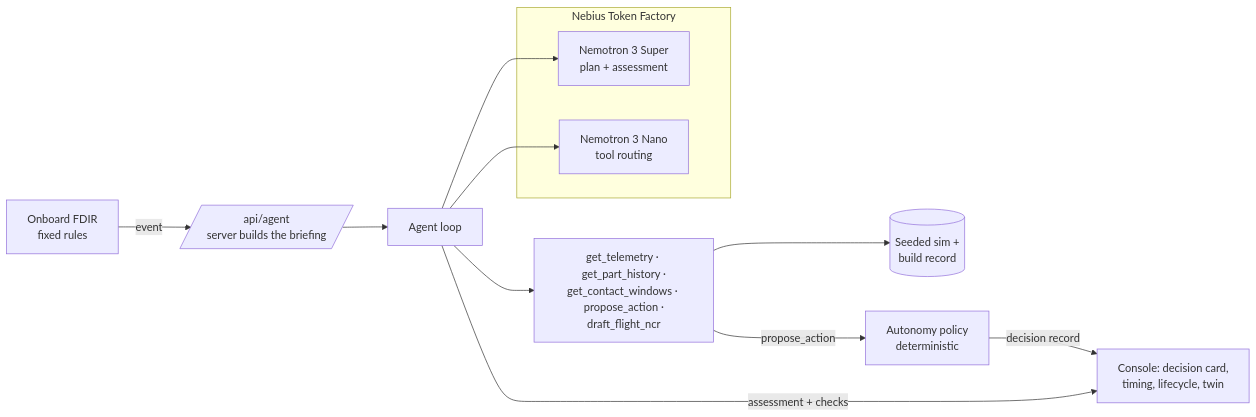
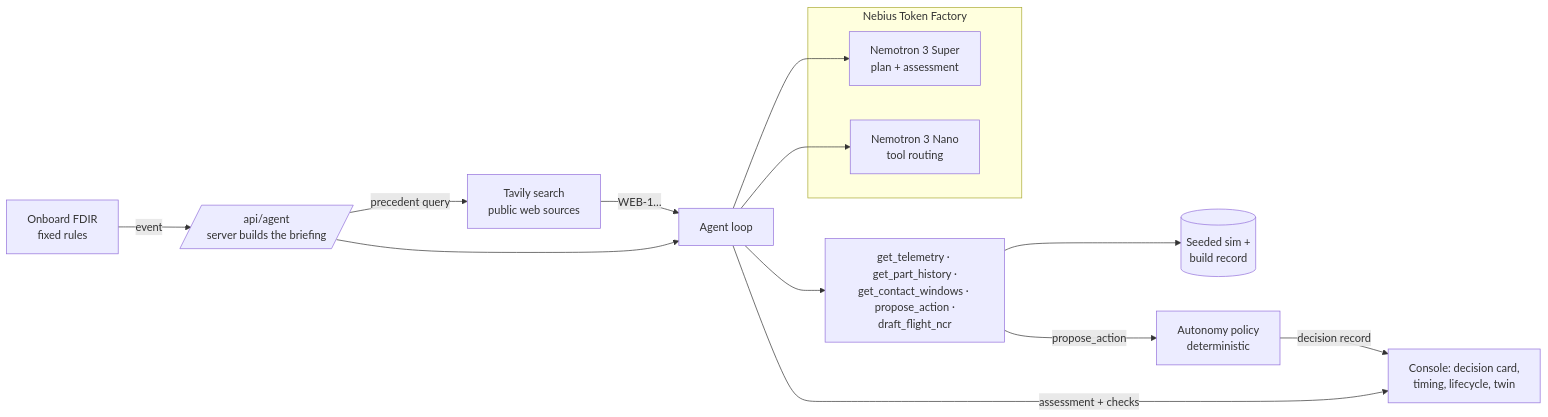
One commit to geobond13/SpaceGrade-Orbital changed the diagram in README.md. Above: the diagram before and after it, drawn with Mermaid. The commit also changed other lines of this file and 21 other files, not shown here.

First line of the commit message:
feat(flight): public precedent search with Tavily

````diff
--- a/README.md
+++ b/README.md
@@ -53,16 +53,18 @@
 ```mermaid
 flowchart LR
   FD[Onboard FDIR<br/>fixed rules] -->|event| R[/api/agent<br/>server builds the briefing/]
+  R -->|precedent query| TV[Tavily search<br/>public web sources]
+  TV -->|WEB-1…| L
   R --> L[Agent loop]
   subgraph TF[Nebius Token Factory]
     S[Nemotron 3 Super<br/>plan + assessment]
     N[Nemotron 3 Nano<br/>tool routing]
   end
   L --> S
   L --> N
   L --> T[get_telemetry · get_part_history ·<br/>get_contact_windows · propose_action ·<br/>draft_flight_ncr]
   T --> SIM[(Seeded sim +<br/>build record)]
   T -->|propose_action| P[Autonomy policy<br/>deterministic]
   P -->|decision record| UI[Console: decision card,<br/>timing, lifecycle, twin]
   L -->|assessment + checks| UI
 ```
````
